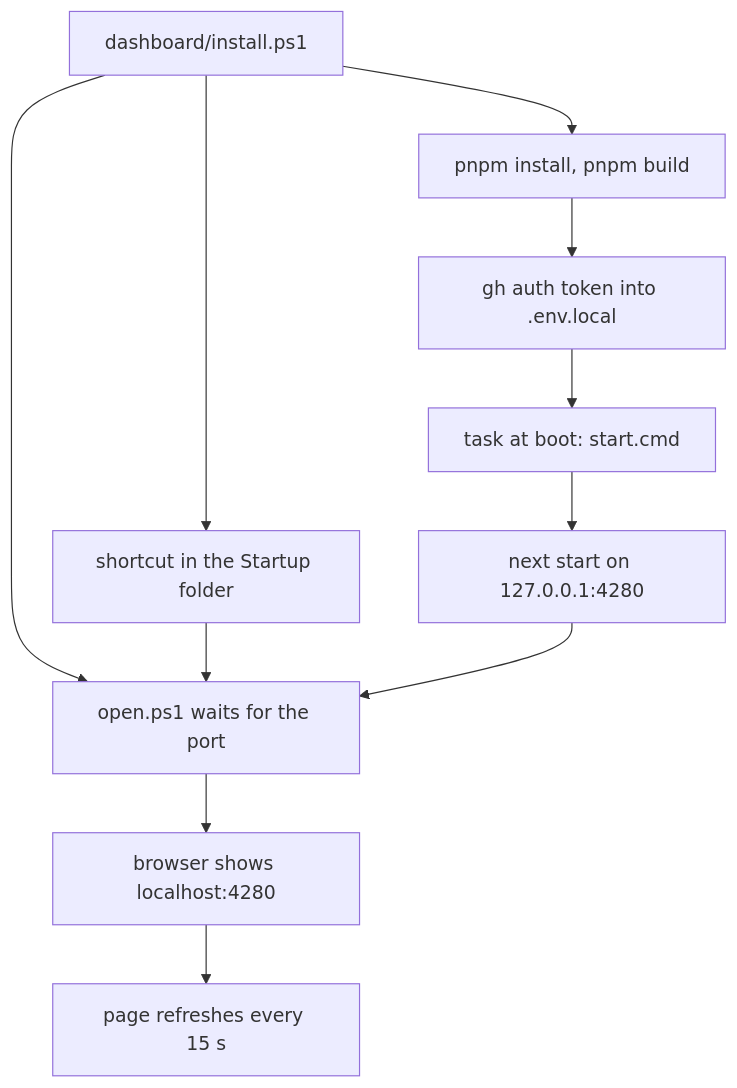
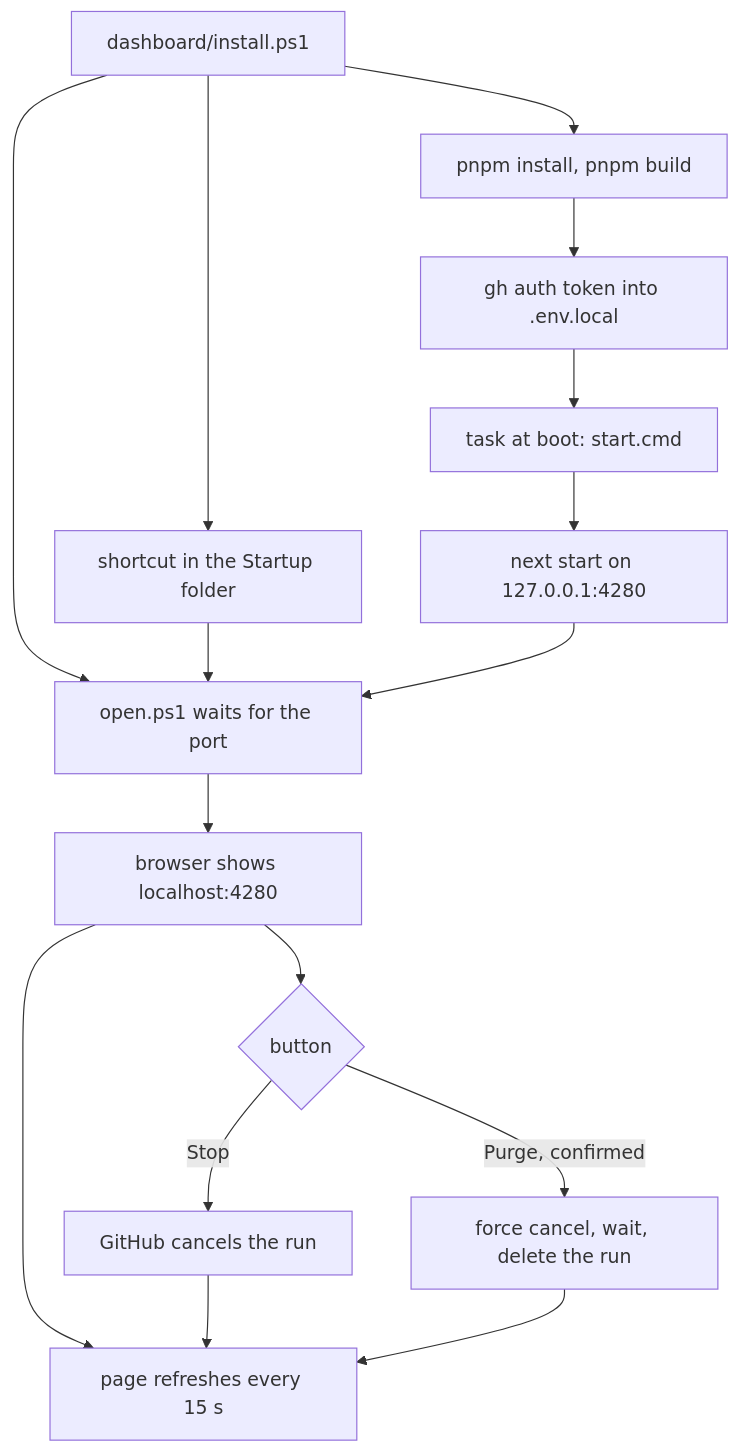
One commit to workbench-soft/local-ci changed the fourth of 4 diagrams in docs/user-flows.md. Above: the diagram before and after it, drawn with Mermaid. The commit also changed other lines of this file and 5 other files, not shown here.

Commit message:
docs: Stop and Purge on the status page

````diff
--- a/docs/user-flows.md
+++ b/docs/user-flows.md
@@ -73,12 +75,16 @@
 ```mermaid
 flowchart TD
   A[dashboard/install.ps1] --> B[pnpm install, pnpm build]
   B --> C[gh auth token into .env.local]
   C --> D[task at boot: start.cmd]
   D --> E[next start on 127.0.0.1:4280]
   A --> S[shortcut in the Startup folder]
   A & S --> O[open.ps1 waits for the port]
   E --> O
   O --> F[browser shows localhost:4280]
   F --> G[page refreshes every 15 s]
+  F --> H{button}
+  H -- Stop --> I[GitHub cancels the run]
+  H -- Purge, confirmed --> J[force cancel, wait, delete the run]
+  I & J --> G
 ```
````
